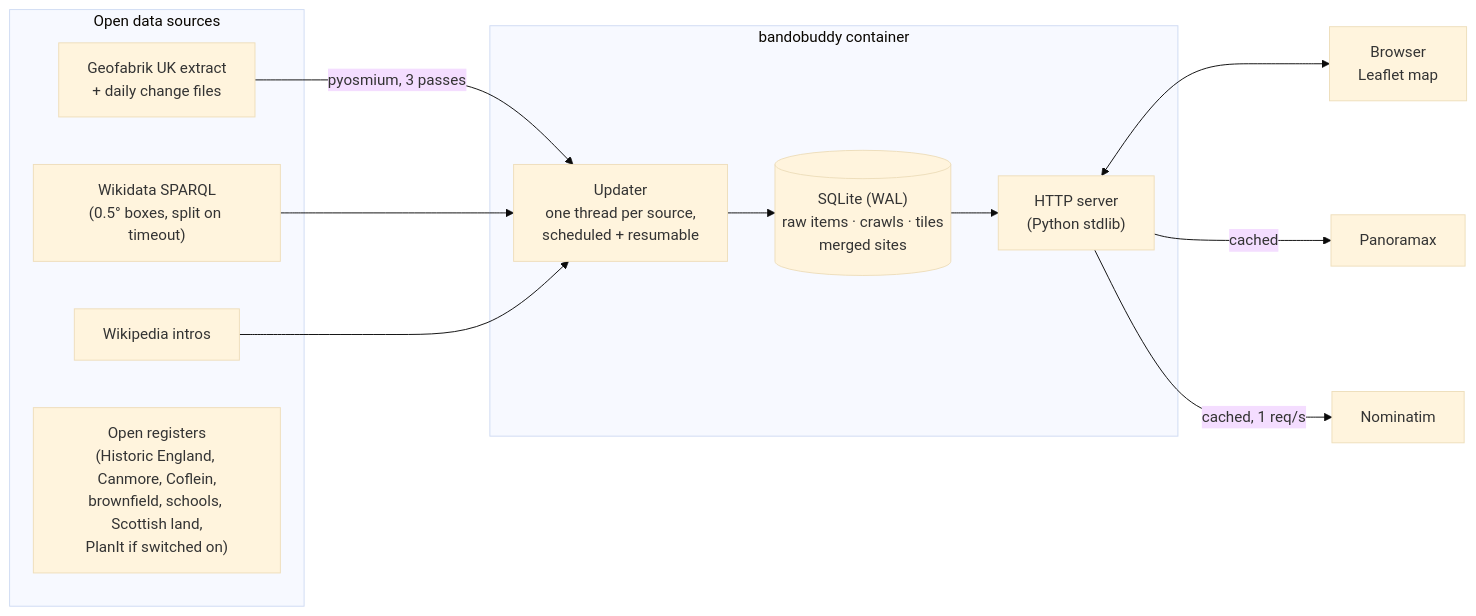
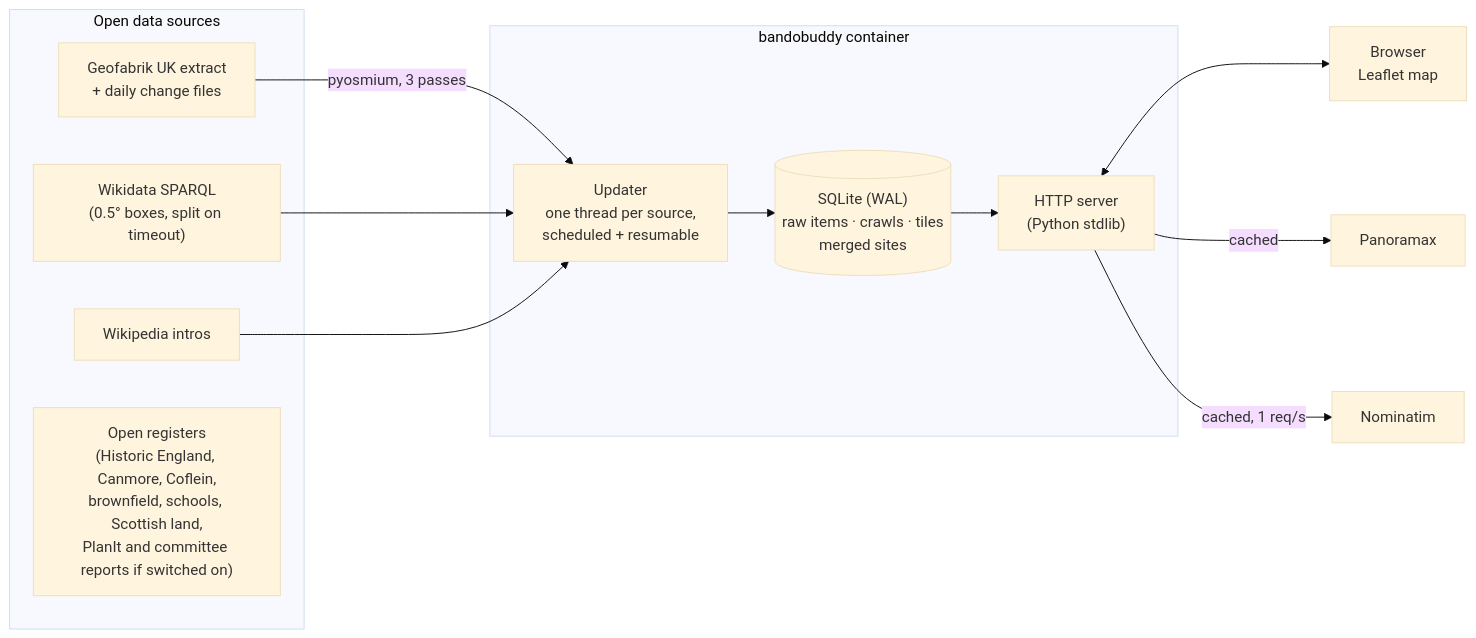
The diagram in README.md (aidenharwood/portfolio-python-bandobuddy), drawn with Mermaid (base theme) before and after one commit. The commit also changed other lines of this file and 11 other files, not shown here.

````diff
--- a/README.md
+++ b/README.md
@@ -22,25 +22,25 @@
 ```mermaid
 flowchart LR
   subgraph Sources["Open data sources"]
     GF["Geofabrik UK extract<br/>+ daily change files"]
     WD["Wikidata SPARQL<br/>(0.5° boxes, split on timeout)"]
     WP["Wikipedia intros"]
-    OD["Open registers<br/>(Historic England, Canmore, Coflein,<br/>brownfield, schools, Scottish land,<br/>PlanIt if switched on)"]
+    OD["Open registers<br/>(Historic England, Canmore, Coflein,<br/>brownfield, schools, Scottish land,<br/>PlanIt and committee reports if switched on)"]
   end
   subgraph App["bandobuddy container"]
     UP["Updater<br/>one thread per source,<br/>scheduled + resumable"]
     DB[("SQLite (WAL)<br/>raw items · crawls · tiles<br/>merged sites")]
     WEB["HTTP server<br/>(Python stdlib)"]
   end
   UI["Browser<br/>Leaflet map"]
   PX["Panoramax"]
   NM["Nominatim"]
   GF -->|pyosmium, 3 passes| UP
   WD --> UP
   WP --> UP
   UP --> DB
   DB --> WEB
   WEB <--> UI
   WEB -->|cached| PX
   WEB -->|cached, 1 req/s| NM
 ```
````
